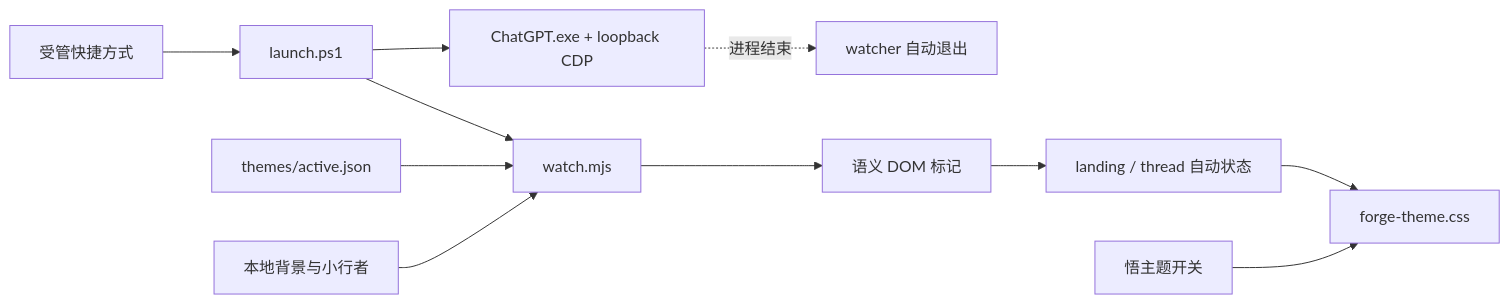
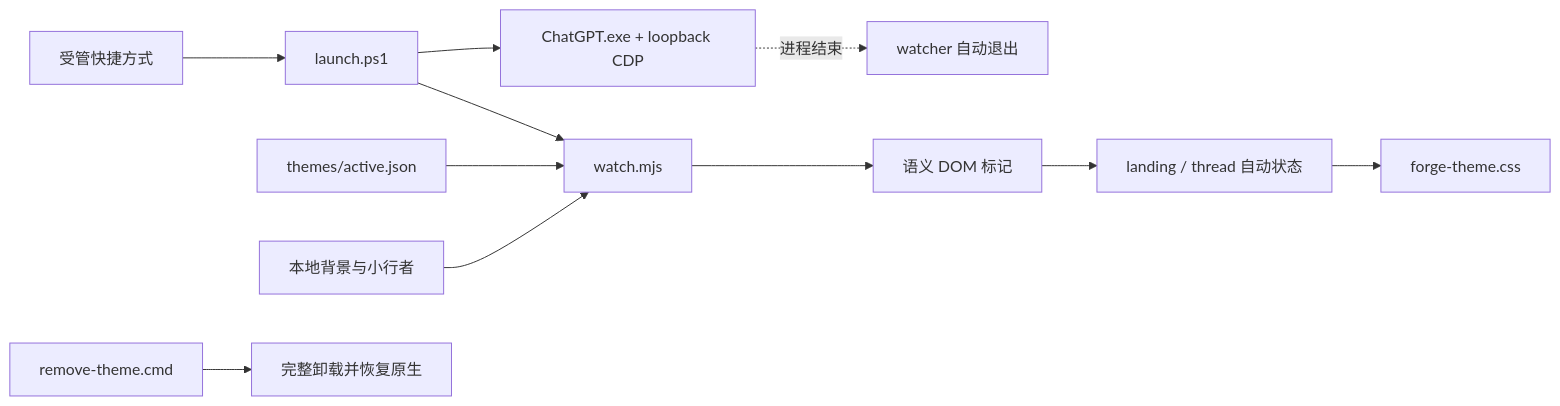
The diagram in docs/DESIGN.md (Udkam/wukong-codex-forge), drawn with Mermaid before and after one commit. The commit also changed other lines of this file and 24 other files, not shown here.

````diff
--- a/docs/DESIGN.md
+++ b/docs/DESIGN.md
@@ -48,13 +49,13 @@
 ```mermaid
 flowchart LR
   A["受管快捷方式"] --> B["launch.ps1"]
   B --> C["ChatGPT.exe + loopback CDP"]
   B --> D["watch.mjs"]
   D --> E["语义 DOM 标记"]
   F["themes/active.json"] --> D
   G["本地背景与小行者"] --> D
   E --> H["landing / thread 自动状态"]
   H --> I["forge-theme.css"]
-  J["悟主题开关"] --> I
-  C -. "进程结束" .-> K["watcher 自动退出"]
+  J["remove-theme.cmd"] --> K["完整卸载并恢复原生"]
+  C -. "进程结束" .-> L["watcher 自动退出"]
 ```
````
